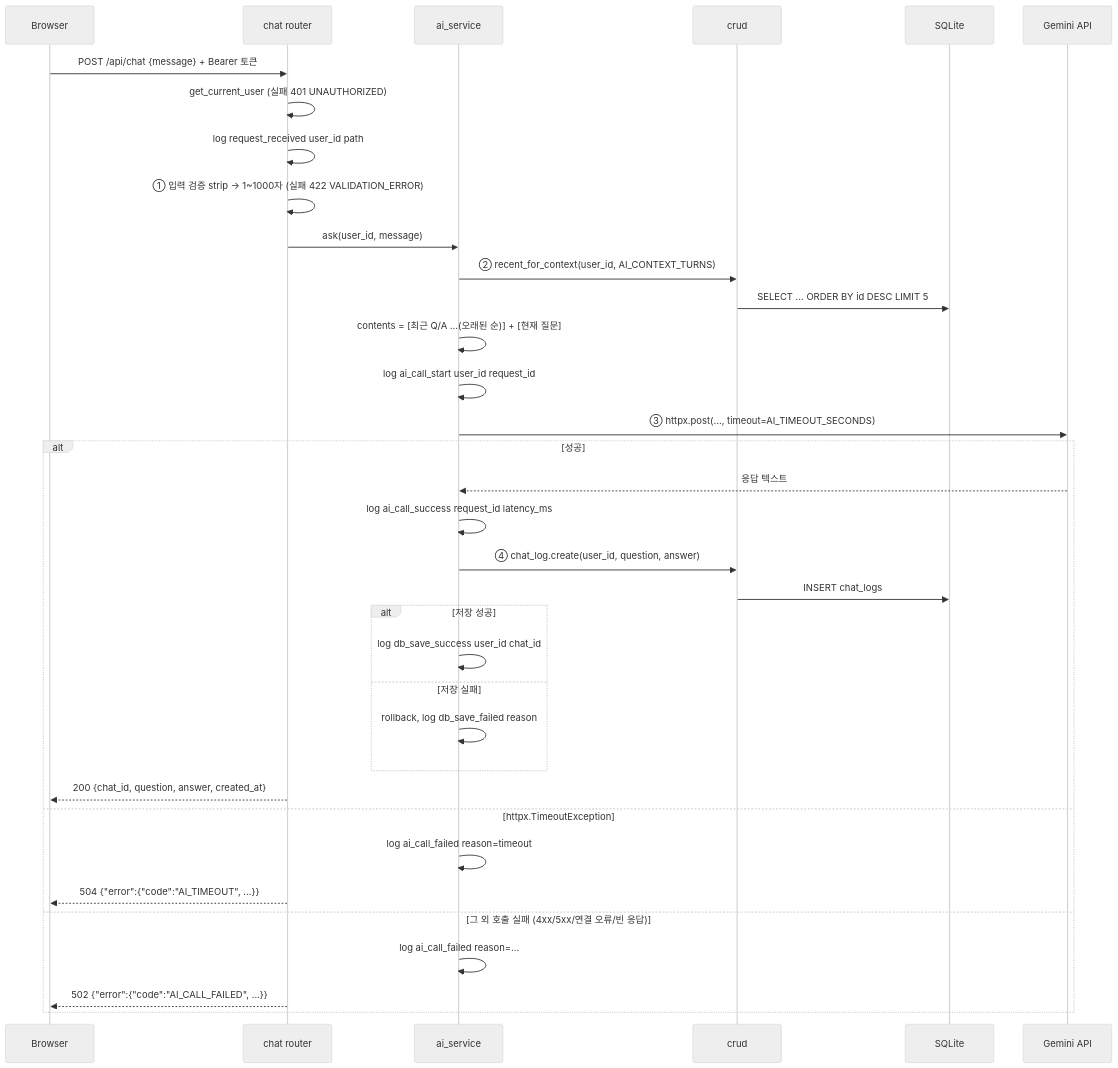
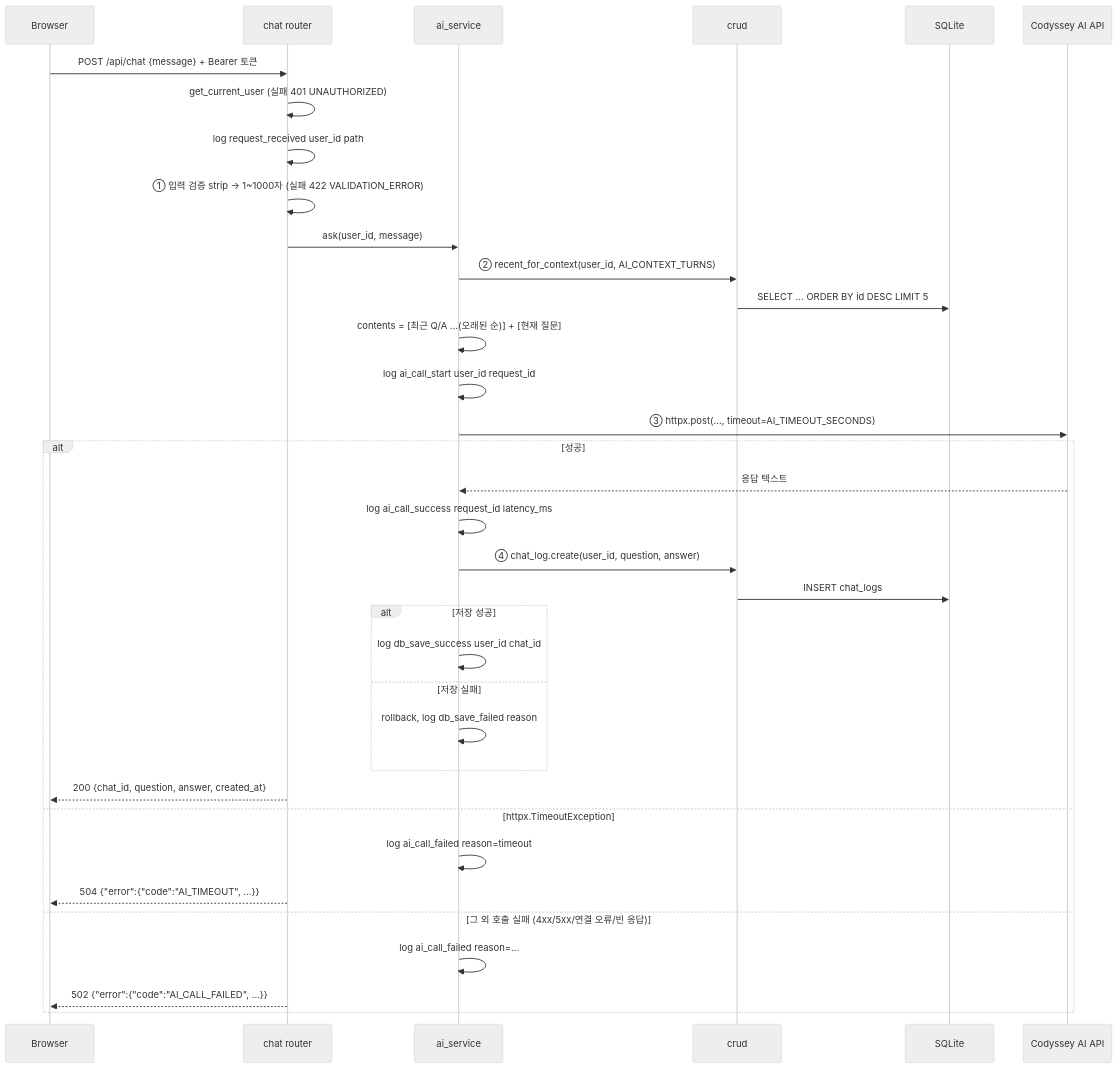
The fourth of 4 diagrams in docs/02-architecture.md (b7-1-chatbot-team/B7-1-chatbot), drawn with Mermaid (neutral theme) before and after one commit. The commit also changed other lines of this file and 11 other files, not shown here.

````diff
--- a/docs/02-architecture.md
+++ b/docs/02-architecture.md
@@ -218,37 +218,37 @@
 ```mermaid
 sequenceDiagram
     participant B as Browser
     participant R as chat router
     participant S as ai_service
     participant C as crud
     participant D as SQLite
-    participant G as Gemini API
+    participant G as Codyssey AI API
     B->>R: POST /api/chat {message} + Bearer 토큰
     R->>R: get_current_user (실패 401 UNAUTHORIZED)
     R->>R: log request_received user_id path
     R->>R: ① 입력 검증 strip → 1~1000자 (실패 422 VALIDATION_ERROR)
     R->>S: ask(user_id, message)
     S->>C: ② recent_for_context(user_id, AI_CONTEXT_TURNS)
     C->>D: SELECT ... ORDER BY id DESC LIMIT 5
     S->>S: contents = [최근 Q/A ...(오래된 순)] + [현재 질문]
     S->>S: log ai_call_start user_id request_id
     S->>G: ③ httpx.post(..., timeout=AI_TIMEOUT_SECONDS)
     alt 성공
         G-->>S: 응답 텍스트
         S->>S: log ai_call_success request_id latency_ms
         S->>C: ④ chat_log.create(user_id, question, answer)
         C->>D: INSERT chat_logs
         alt 저장 성공
             S->>S: log db_save_success user_id chat_id
         else 저장 실패
             S->>S: rollback, log db_save_failed reason
         end
         R-->>B: 200 {chat_id, question, answer, created_at}
     else httpx.TimeoutException
         S->>S: log ai_call_failed reason=timeout
         R-->>B: 504 {"error":{"code":"AI_TIMEOUT", ...}}
     else 그 외 호출 실패 (4xx/5xx/연결 오류/빈 응답)
         S->>S: log ai_call_failed reason=...
         R-->>B: 502 {"error":{"code":"AI_CALL_FAILED", ...}}
     end
 ```
````
